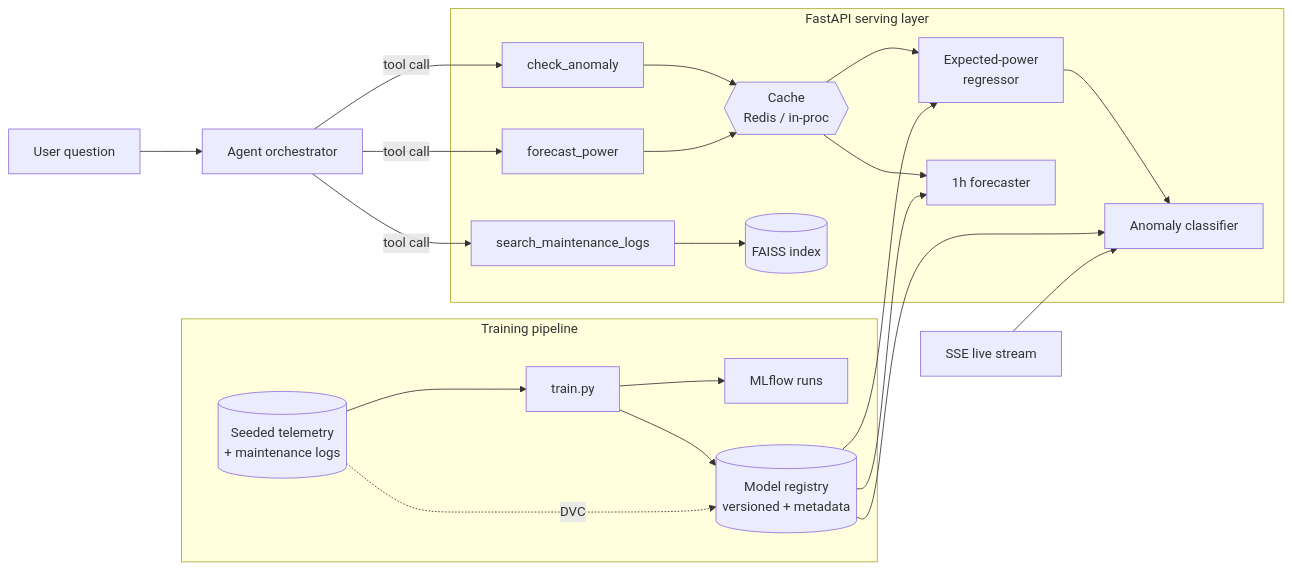
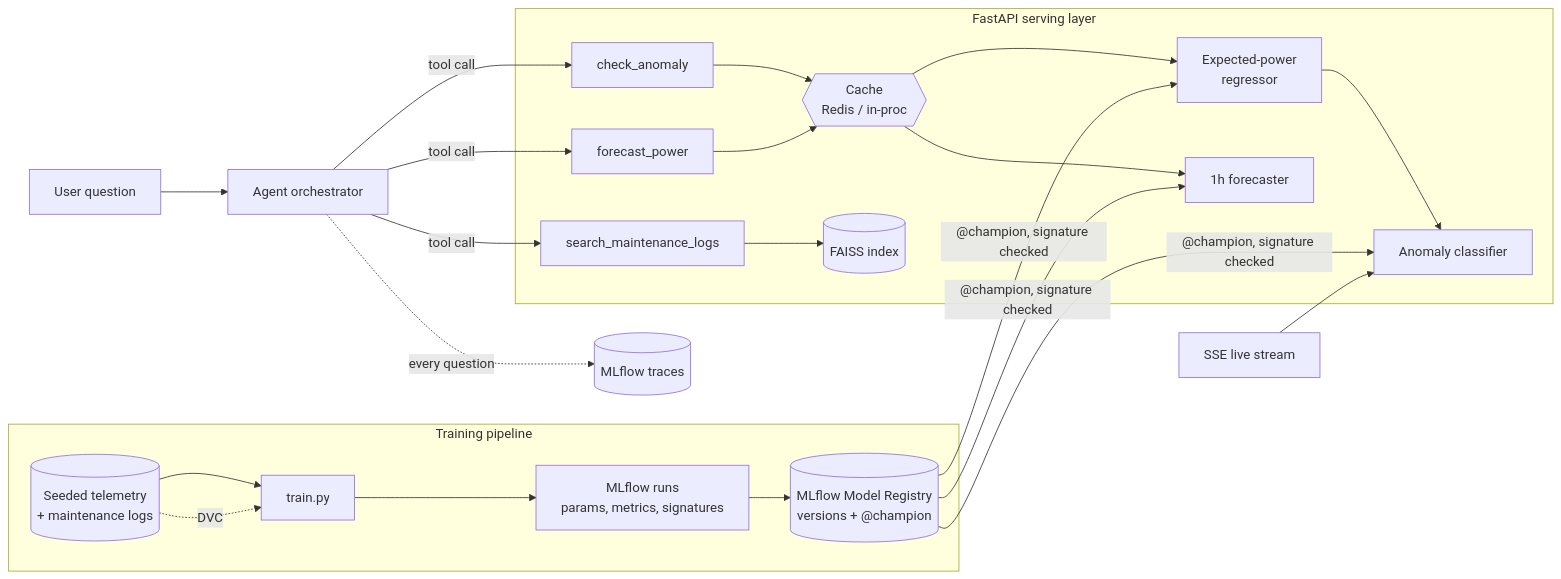
The diagram in README.md (aplemenos/plantpulse), drawn with Mermaid before and after one commit. The commit also changed other lines of this file and 18 other files, not shown here.

First line of the commit message:
Use MLflow for model signatures, the model registry and agent tracing

````diff
--- a/README.md
+++ b/README.md
@@ -15,26 +15,27 @@
 ```mermaid
 flowchart LR
     Q[User question] --> AG[Agent orchestrator]
     AG -->|tool call| AN[check_anomaly]
     AG -->|tool call| FC[forecast_power]
     AG -->|tool call| VS[search_maintenance_logs]
 
     subgraph Serving [FastAPI serving layer]
       AN --> C{{Cache<br/>Redis / in-proc}}
       FC --> C
       C --> EP[Expected-power<br/>regressor]
       EP --> AD[Anomaly classifier]
       C --> F1[1h forecaster]
       VS --> IDX[(FAISS index)]
     end
 
     subgraph Offline [Training pipeline]
       D[(Seeded telemetry<br/>+ maintenance logs)] --> T[train.py]
-      T --> ML[MLflow runs]
-      T --> R[(Model registry<br/>versioned + metadata)]
-      D -. DVC .-> R
+      T --> ML[MLflow runs<br/>params, metrics, signatures]
+      ML --> R[(MLflow Model Registry<br/>versions + @champion)]
+      D -. DVC .-> T
     end
 
-    R --> EP & AD & F1
+    R -->|"@champion, signature checked"| EP & AD & F1
     SSE[SSE live stream] --> AD
+    AG -. every question .-> TR[(MLflow traces)]
 ```
````
